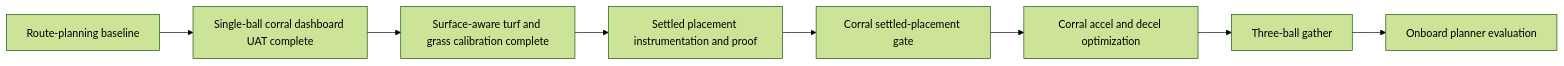
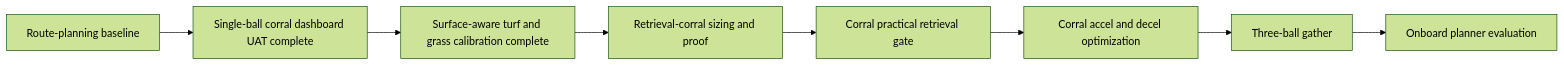
One commit to fsmalkin/chasebot changed the diagram in docs/ROADMAP_2026_H2.md. Above: the diagram before and after it, drawn with Mermaid (forest theme). The commit also changed other lines of this file and 1 other file, not shown here.

Commit message:
docs: shift corral milestone to practical retrieval

````diff
--- a/docs/ROADMAP_2026_H2.md
+++ b/docs/ROADMAP_2026_H2.md
@@ -147,10 +148,10 @@
 ```mermaid
 flowchart LR
     A[Route-planning baseline] --> B[Single-ball corral dashboard UAT complete]
     B --> C[Surface-aware turf and grass calibration complete]
-    C --> D[Settled placement instrumentation and proof]
-    D --> E[Corral settled-placement gate]
+    C --> D[Retrieval-corral sizing and proof]
+    D --> E[Corral practical retrieval gate]
     E --> F[Corral accel and decel optimization]
     F --> G[Three-ball gather]
     G --> H[Onboard planner evaluation]
 ```
````
